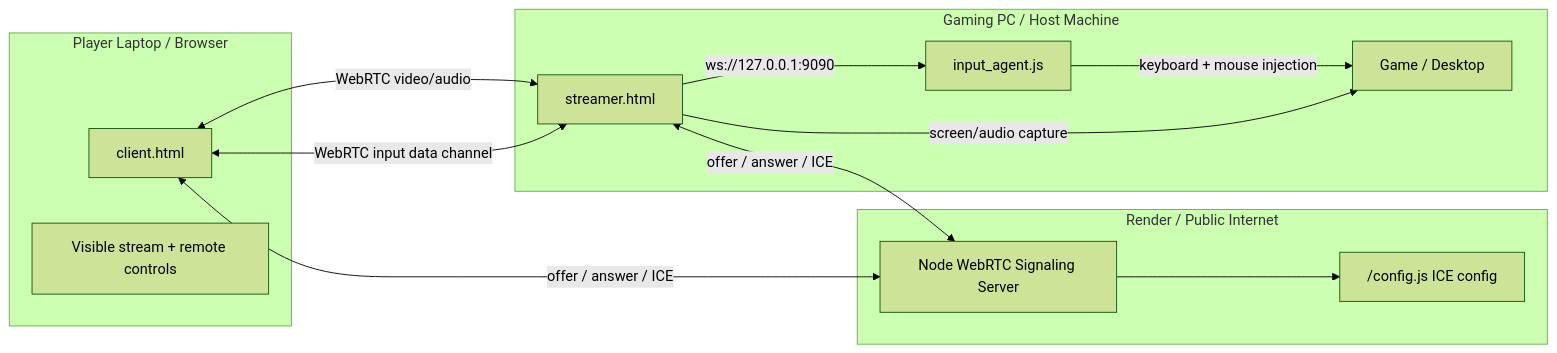
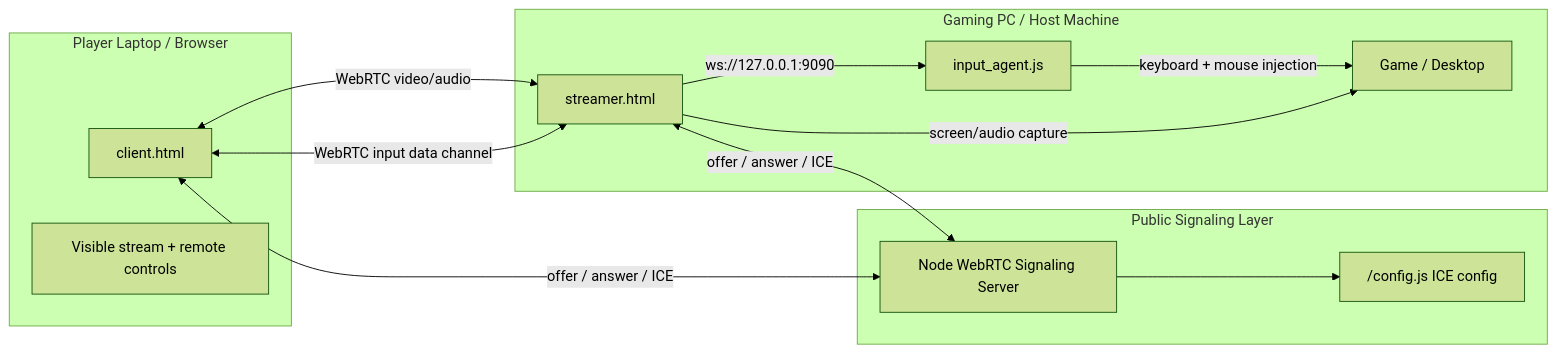
One commit to appalla-karthik/Pixulse-Cloud changed the first of 3 diagrams in README.md. Above: the diagram before and after it, drawn with Mermaid (forest theme). The commit also changed other lines of this file, not shown here.

````diff
--- a/README.md
+++ b/README.md
@@ -89,27 +88,27 @@
 ```mermaid
 flowchart LR
   subgraph Player["Player Laptop / Browser"]
     C["client.html"]
     UI["Visible stream + remote controls"]
   end
 
-  subgraph Render["Render / Public Internet"]
+  subgraph Cloud["Public Signaling Layer"]
     S["Node WebRTC Signaling Server"]
     CFG["/config.js ICE config"]
   end
 
   subgraph Host["Gaming PC / Host Machine"]
     ST["streamer.html"]
     IA["input_agent.js"]
     G["Game / Desktop"]
   end
 
   C <-- "WebRTC video/audio" --> ST
   C <-- "WebRTC input data channel" --> ST
   C <-- "offer / answer / ICE" --> S
   ST <-- "offer / answer / ICE" --> S
   S --> CFG
   ST -->|"ws://127.0.0.1:9090"| IA
   IA -->|"keyboard + mouse injection"| G
   ST -->|"screen/audio capture"| G
 ```
````
